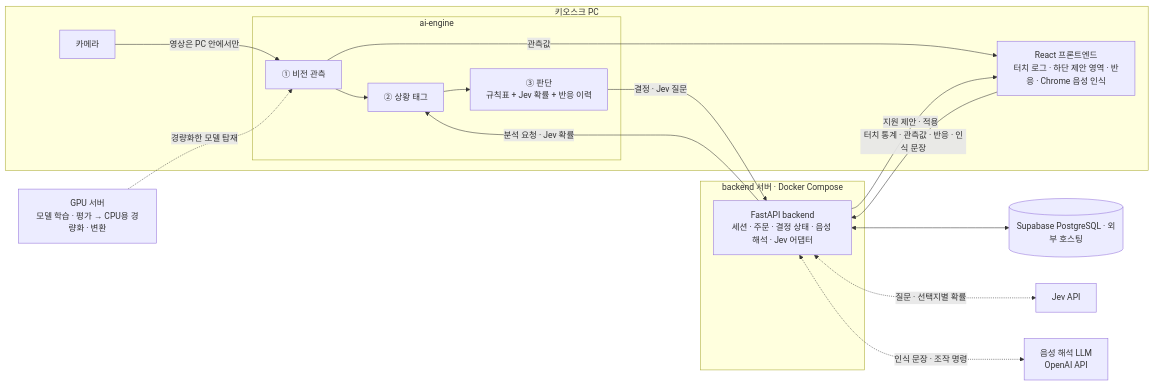
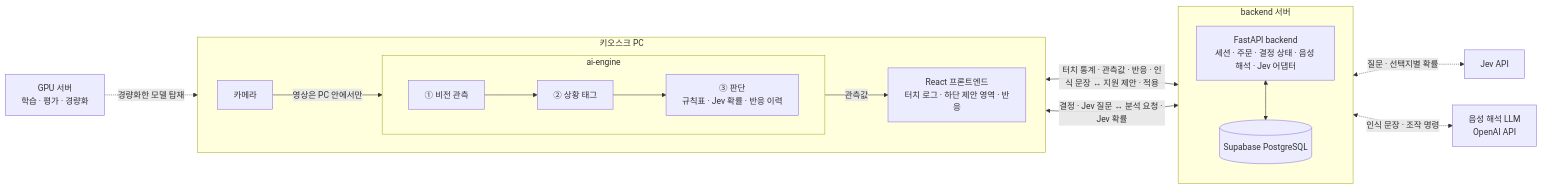
The diagram in README.md (knu-capstone-design-06/Capstone-design-project), drawn with Mermaid before and after one commit.

Commit message:
docs: README 구조도(mermaid)의 선을 교차 없이 정돈

````diff
--- a/README.md
+++ b/README.md
@@ -91,23 +91,21 @@
 ```mermaid
 flowchart LR
+    GPU[GPU 서버<br/>학습 · 평가 · 경량화] -.->|경량화한 모델 탑재| AI1
     subgraph KIOSK[키오스크 PC]
+        direction LR
         CAM[카메라] -->|영상은 PC 안에서만| AI1
         subgraph AI[ai-engine]
-            AI1[① 비전 관측] --> AI2[② 상황 태그] --> AI3[③ 판단<br/>규칙표 + Jev 확률 + 반응 이력]
+            direction LR
+            AI1[① 비전 관측] --> AI2[② 상황 태그] --> AI3[③ 판단<br/>규칙표 · Jev 확률 · 반응 이력]
         end
-        FE[React 프론트엔드<br/>터치 로그 · 하단 제안 영역 · 반응 · Chrome 음성 인식]
+        AI1 -->|관측값| FE[React 프론트엔드<br/>터치 로그 · 하단 제안 영역 · 반응]
     end
-    subgraph SRV[backend 서버 · Docker Compose]
-        BE[FastAPI backend<br/>세션 · 주문 · 결정 상태 · 음성 해석 · Jev 어댑터]
+    subgraph SRV[backend 서버]
+        direction TB
+        BE[FastAPI backend<br/>세션 · 주문 · 결정 상태 · 음성 해석 · Jev 어댑터] <--> DB[(Supabase PostgreSQL)]
     end
-    DB[(Supabase PostgreSQL · 외부 호스팅)]
-    AI1 -->|관측값| FE
-    FE -->|터치 통계 · 관측값 · 반응 · 인식 문장| BE
-    BE -->|분석 요청 · Jev 확률| AI2
-    AI3 -->|결정 · Jev 질문| BE
-    BE -->|지원 제안 · 적용| FE
-    BE <--> DB
+    FE <-->|터치 통계 · 관측값 · 반응 · 인식 문장 ↔ 지원 제안 · 적용| BE
+    AI3 <-->|결정 · Jev 질문 ↔ 분석 요청 · Jev 확률| BE
     BE <-.->|질문 · 선택지별 확률| JEV[Jev API]
     BE <-.->|인식 문장 · 조작 명령| LLM[음성 해석 LLM<br/>OpenAI API]
-    GPU[GPU 서버<br/>모델 학습 · 평가 → CPU용 경량화 · 변환] -.->|경량화한 모델 탑재| AI1
 ```
````
